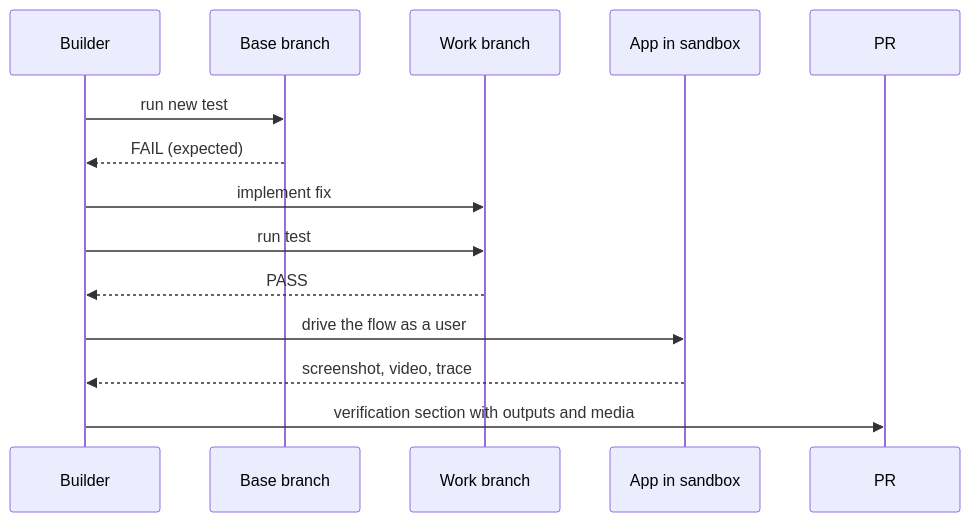
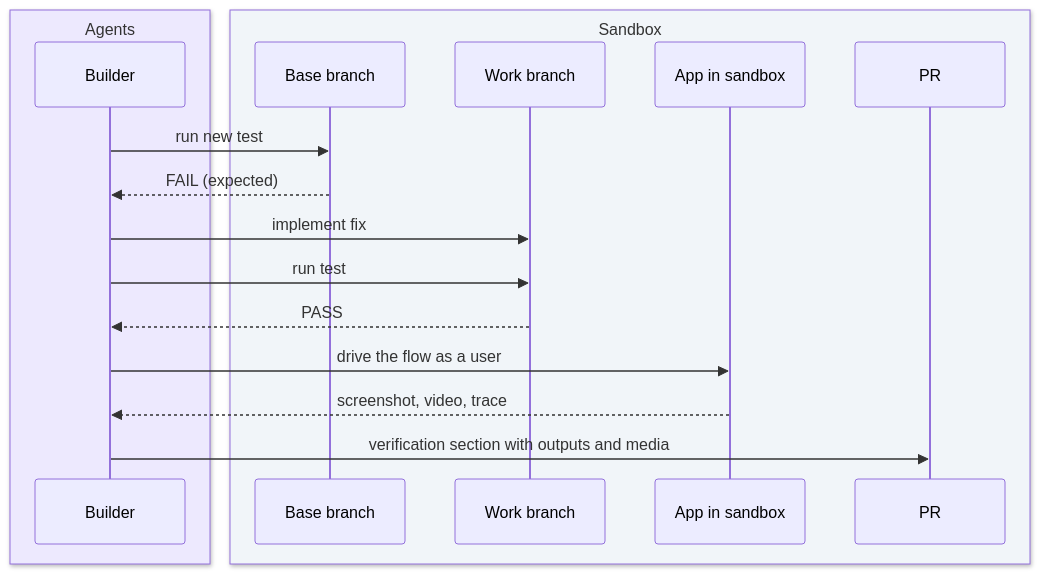
One commit to icelink-ai/software-factory-manifesto changed the diagram in docs/05-verification/evidence-artifacts.md. Above: the diagram before and after it, drawn with Mermaid. The commit also changed other lines of this file and 73 other files, not shown here.

````diff
--- a/docs/05-verification/evidence-artifacts.md
+++ b/docs/05-verification/evidence-artifacts.md
@@ -40,16 +49,20 @@
 ```mermaid
 sequenceDiagram
-    participant B as Builder
-    participant M as Base branch
-    participant W as Work branch
-    participant A as App in sandbox
-    participant P as PR
+    box rgb(237,233,254) Agents
+        participant B as Builder
+    end
+    box rgb(241,245,249) Sandbox
+        participant M as Base branch
+        participant W as Work branch
+        participant A as App in sandbox
+        participant P as PR
+    end
     B->>M: run new test
     M-->>B: FAIL (expected)
     B->>W: implement fix
     B->>W: run test
     W-->>B: PASS
     B->>A: drive the flow as a user
     A-->>B: screenshot, video, trace
     B->>P: verification section with outputs and media
 ```
````
